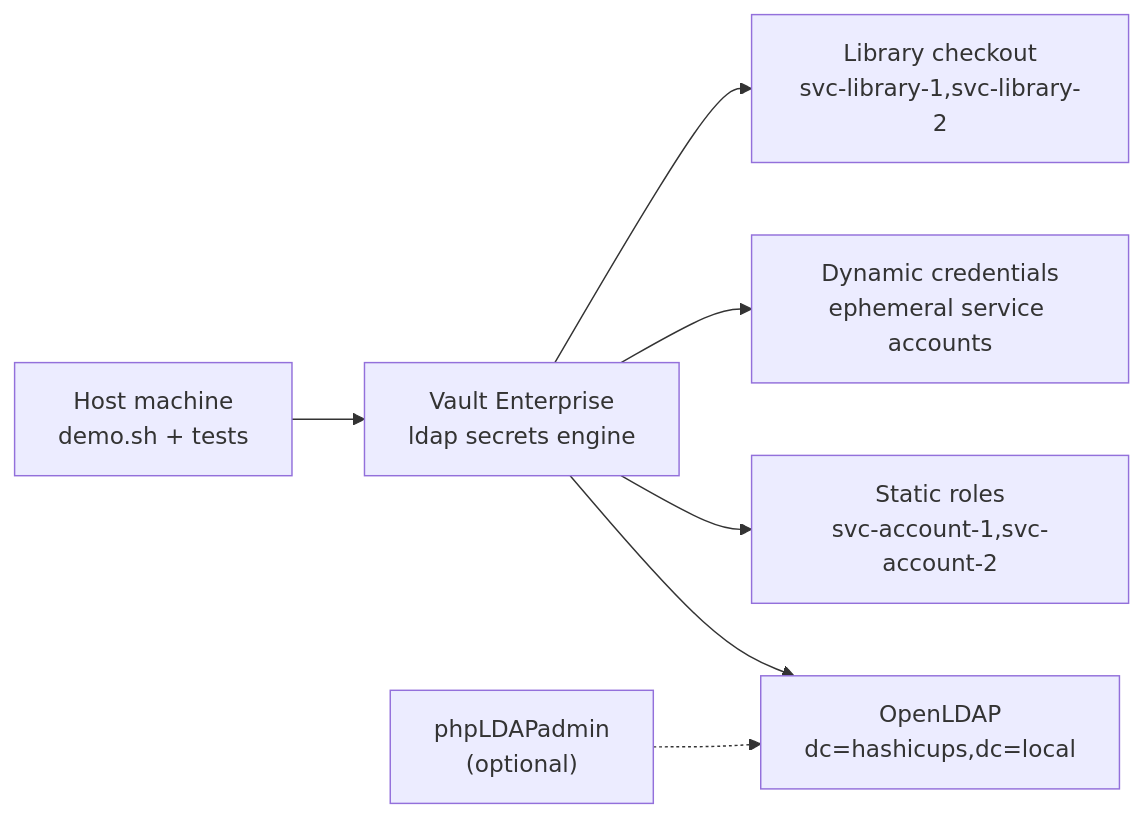
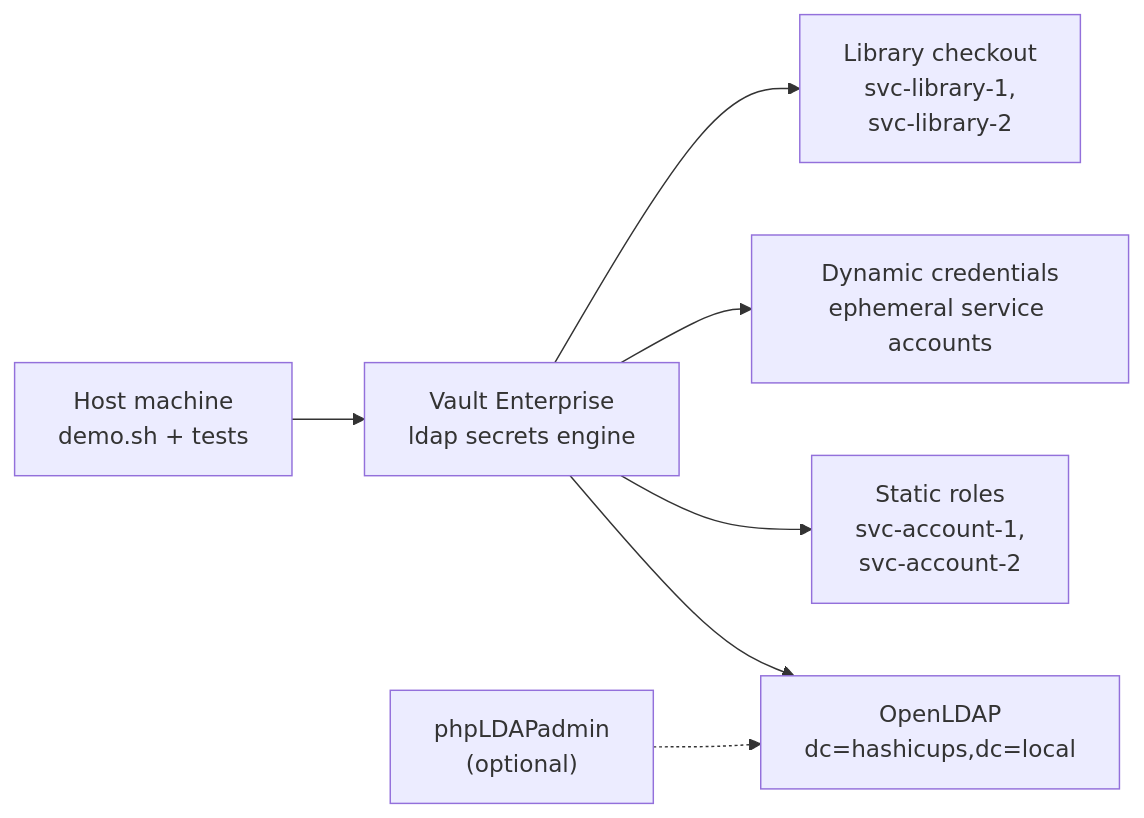
The first of 2 diagrams in README.md (DarthVaderRC/vault-ldap-se), drawn with Mermaid before and after one commit.

Commit message:
fix architecture diagram

````diff
--- a/README.md
+++ b/README.md
@@ -189,9 +189,9 @@
 ```mermaid
 flowchart LR
     HOST["Host machine<br/>demo.sh + tests"] --> VAULT["Vault Enterprise<br/>ldap secrets engine"]
     VAULT --> DIRECTORY["OpenLDAP<br/>dc=hashicups,dc=local"]
-    VAULT --> STATIC["Static roles<br/>svc-account-1,svc-account-2"]
+    VAULT --> STATIC["Static roles<br/>svc-account-1,<br>svc-account-2"]
     VAULT --> DYNAMIC["Dynamic credentials<br/>ephemeral service accounts"]
-    VAULT --> LIBRARY["Library checkout<br/>svc-library-1,svc-library-2"]
+    VAULT --> LIBRARY["Library checkout<br/>svc-library-1,<br>svc-library-2"]
     PHPLDAP["phpLDAPadmin<br/>(optional)"] -.-> DIRECTORY
 ```
````
